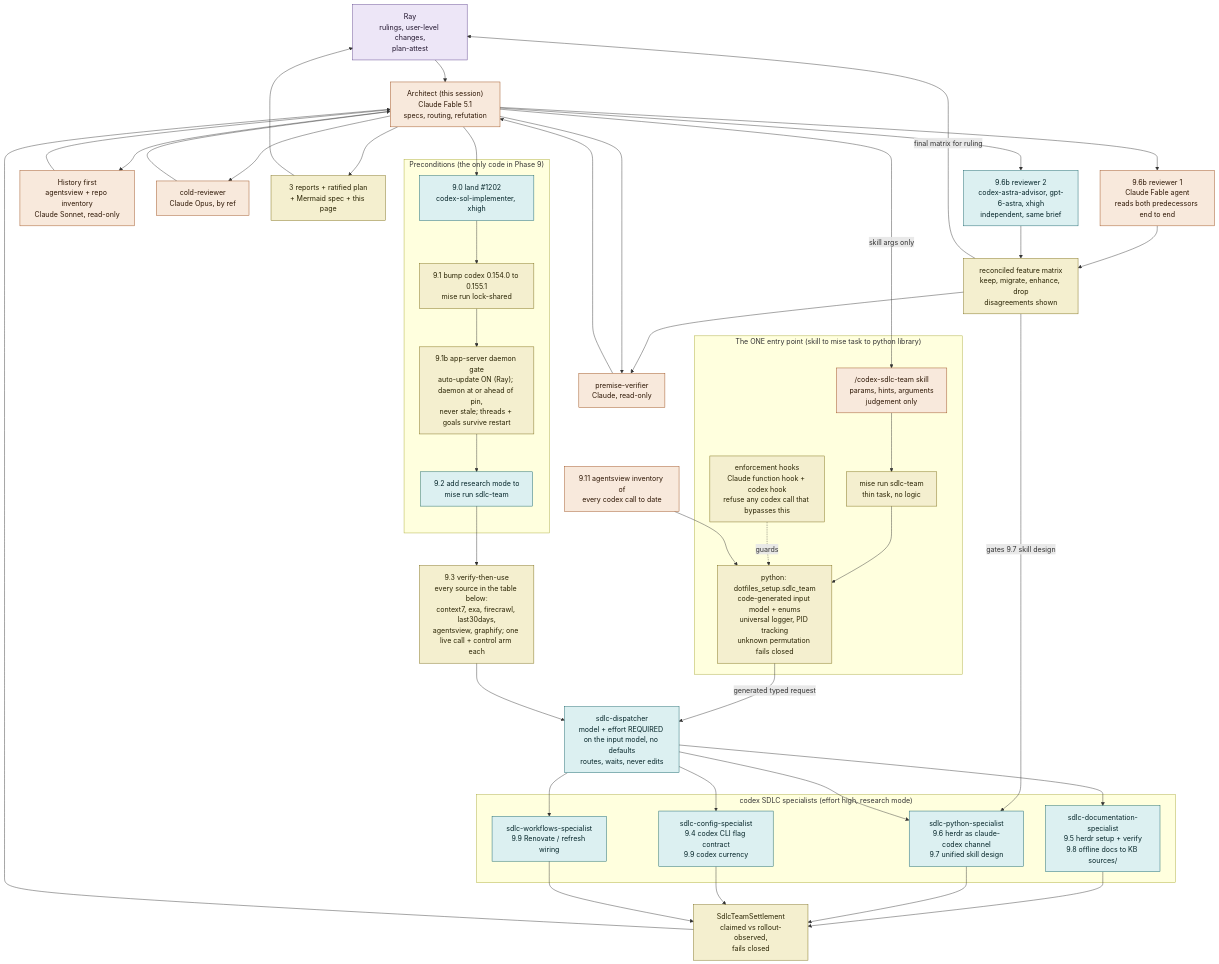
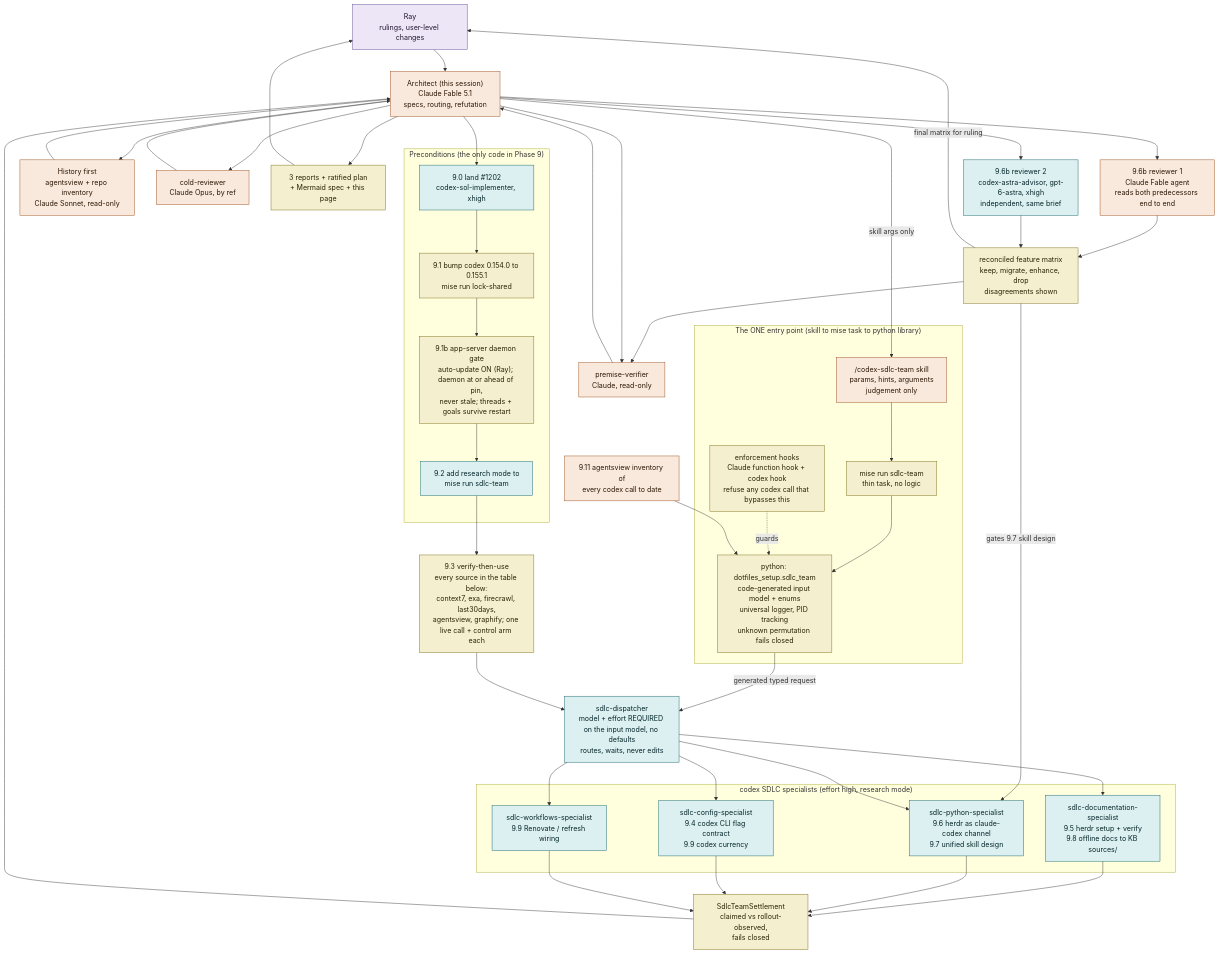
Before and after one commit to ray-manaloto/dotfiles: the diagram in docs/specs/phase9-lane-dag.md, drawn with Mermaid. The commit also changed other lines of this file and 22 other files, not shown here.

````diff
--- a/docs/specs/phase9-lane-dag.md
+++ b/docs/specs/phase9-lane-dag.md
@@ -14,62 +14,62 @@
 ```mermaid
 flowchart TD
-  RAY["Ray<br/>rulings, user-level changes,<br/>plan-attest"]:::ray
+  RAY["Ray<br/>rulings, user-level changes"]:::ray
   ARCH["Architect (this session)<br/>Claude Fable 5.1<br/>specs, routing, refutation"]:::claude
 
   subgraph PRE["Preconditions (the only code in Phase 9)"]
     P0["9.0 land #1202<br/>codex-sol-implementer, xhigh"]:::codex
     P1["9.1 bump codex 0.154.0 to 0.155.1<br/>mise run lock-shared"]:::gate
     P1B["9.1b app-server daemon gate<br/>auto-update ON (Ray); daemon at or ahead of pin,<br/>never stale; threads + goals survive restart"]:::gate
     P2["9.2 add research mode to<br/>mise run sdlc-team"]:::codex
   end
 
   subgraph ENTRY["The ONE entry point (skill to mise task to python library)"]
     SK["/codex-sdlc-team skill<br/>params, hints, arguments<br/>judgement only"]:::claude
     MT["mise run sdlc-team<br/>thin task, no logic"]:::gate
     PY["python: dotfiles_setup.sdlc_team<br/>code-generated input model + enums<br/>universal logger, PID tracking<br/>unknown permutation fails closed"]:::gate
     HK["enforcement hooks<br/>Claude function hook + codex hook<br/>refuse any codex call that bypasses this"]:::gate
   end
 
   DISP["sdlc-dispatcher<br/>model + effort REQUIRED on the input model, no defaults<br/>routes, waits, never edits"]:::codex
 
   subgraph TEAM["codex SDLC specialists (effort high, research mode)"]
     S1["sdlc-documentation-specialist<br/>9.5 herdr setup + verify<br/>9.8 offline docs to KB sources/"]:::codex
     S2["sdlc-python-specialist<br/>9.6 herdr as claude-codex channel<br/>9.7 unified skill design"]:::codex
     S3["sdlc-config-specialist<br/>9.4 codex CLI flag contract<br/>9.9 codex currency"]:::codex
     S4["sdlc-workflows-specialist<br/>9.9 Renovate / refresh wiring"]:::codex
   end
 
   V["9.3 verify-then-use<br/>every source in the table below:<br/>context7, exa, firecrawl, last30days,<br/>agentsview, graphify; one live call + control arm each"]:::gate
   HIST["History first<br/>agentsview + repo inventory<br/>Claude Sonnet, read-only"]:::claude
 
   PV["premise-verifier<br/>Claude, read-only"]:::claude
   COLD["cold-reviewer<br/>Claude Opus, by ref"]:::claude
   SETTLE["SdlcTeamSettlement<br/>claimed vs rollout-observed,<br/>fails closed"]:::gate
   OUT["3 reports + ratified plan<br/>+ Mermaid spec + this page"]:::gate
 
   RAY --> ARCH
   ARCH --> HIST --> ARCH
   ARCH --> P0 --> P1 --> P1B --> P2 --> V
   ARCH -- "skill args only" --> SK --> MT --> PY
   PY -- "generated typed request" --> DISP
   HK -. guards .-> PY
   INV["9.11 agentsview inventory of<br/>every codex call to date"]:::claude --> PY
   V --> DISP
   FR1["9.6b reviewer 1<br/>Claude Fable agent<br/>reads both predecessors end to end"]:::claude
   FR2["9.6b reviewer 2<br/>codex-astra-advisor, gpt-6-astra, xhigh<br/>independent, same brief"]:::codex
   FM["reconciled feature matrix<br/>keep, migrate, enhance, drop<br/>disagreements shown"]:::gate
   ARCH --> FR1 & FR2
   FR1 & FR2 --> FM --> PV
   FM -- "final matrix for ruling" --> RAY
   FM -- "gates 9.7 skill design" --> S2
   DISP --> S1 & S2 & S3 & S4
   S1 & S2 & S3 & S4 --> SETTLE --> ARCH
   ARCH --> PV --> ARCH
   ARCH --> COLD --> ARCH
   ARCH --> OUT --> RAY
 
   classDef ray fill:#ede6f7,stroke:#5b3f8c,color:#22162f
   classDef claude fill:#f8e9dc,stroke:#9a4a16,color:#2e1705
   classDef codex fill:#dcf0f1,stroke:#0f5f66,color:#06262a
   classDef gate fill:#f4efcf,stroke:#7a6a12,color:#2a2404
 ```
````
